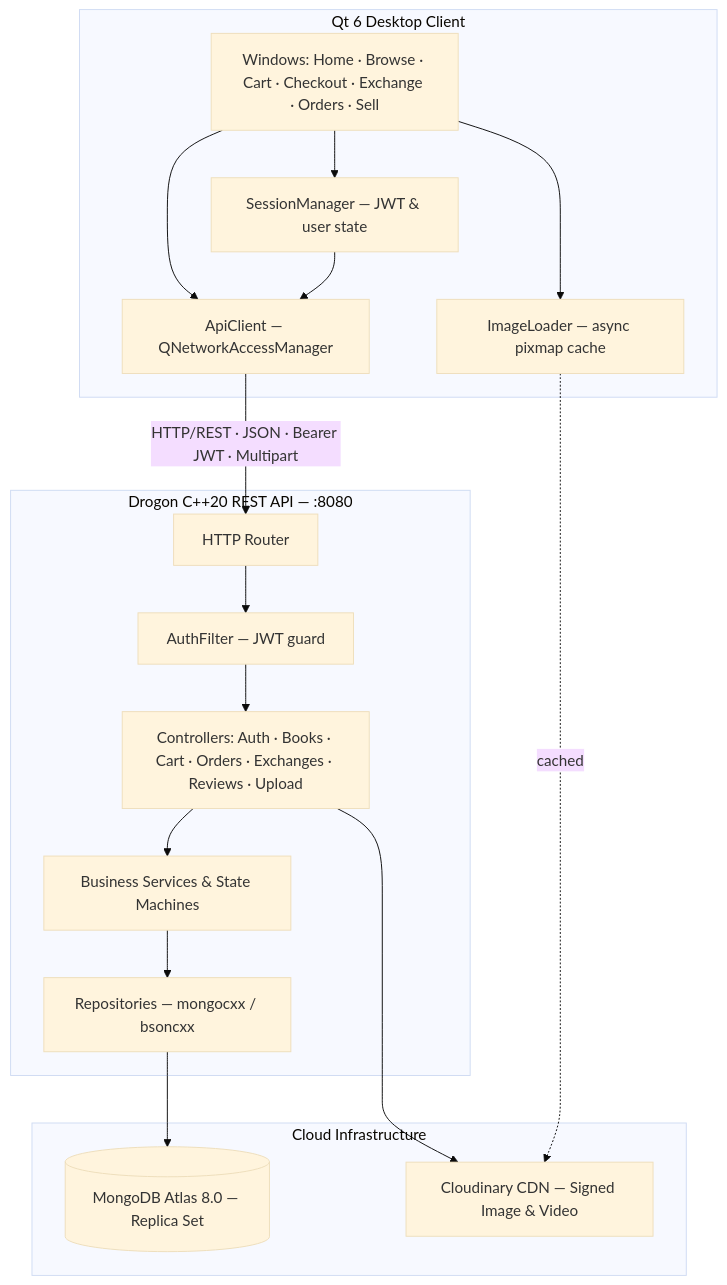
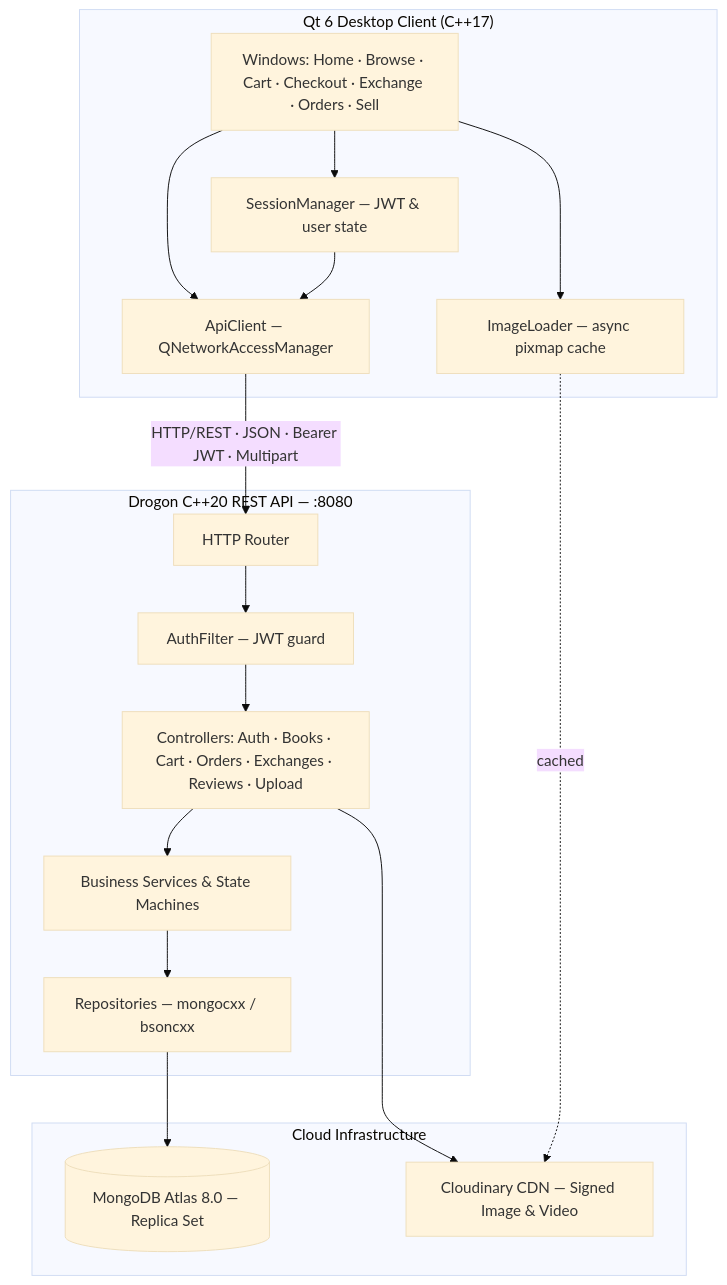
The diagram in README.md (nikshitpokhariya/book_store), drawn with Mermaid (base theme) before and after one commit. The commit also changed other lines of this file and 3 other files, not shown here.

````diff
--- a/README.md
+++ b/README.md
@@ -38,27 +48,27 @@
 ```mermaid
 flowchart TD
-    subgraph Client["Qt 6 Desktop Client"]
+    subgraph Client["Qt 6 Desktop Client (C++17)"]
         UI["Windows: Home · Browse · Cart · Checkout · Exchange · Orders · Sell"]
         SM["SessionManager — JWT & user state"]
         AC["ApiClient — QNetworkAccessManager"]
         IL["ImageLoader — async pixmap cache"]
         UI --> SM & AC & IL
         SM --> AC
     end
     subgraph Backend["Drogon C++20 REST API — :8080"]
         ROUTER["HTTP Router"]
         AUTH["AuthFilter — JWT guard"]
         CTRL["Controllers: Auth · Books · Cart · Orders · Exchanges · Reviews · Upload"]
         SRV["Business Services & State Machines"]
         REPO["Repositories — mongocxx / bsoncxx"]
         ROUTER --> AUTH --> CTRL --> SRV --> REPO
     end
     subgraph Cloud["Cloud Infrastructure"]
         ATLAS[("MongoDB Atlas 8.0 — Replica Set")]
         CDN["Cloudinary CDN — Signed Image & Video"]
         REPO --> ATLAS
         CTRL --> CDN
         IL -. cached .-> CDN
     end
     AC -- "HTTP/REST · JSON · Bearer JWT · Multipart" --> ROUTER
 ```
````
